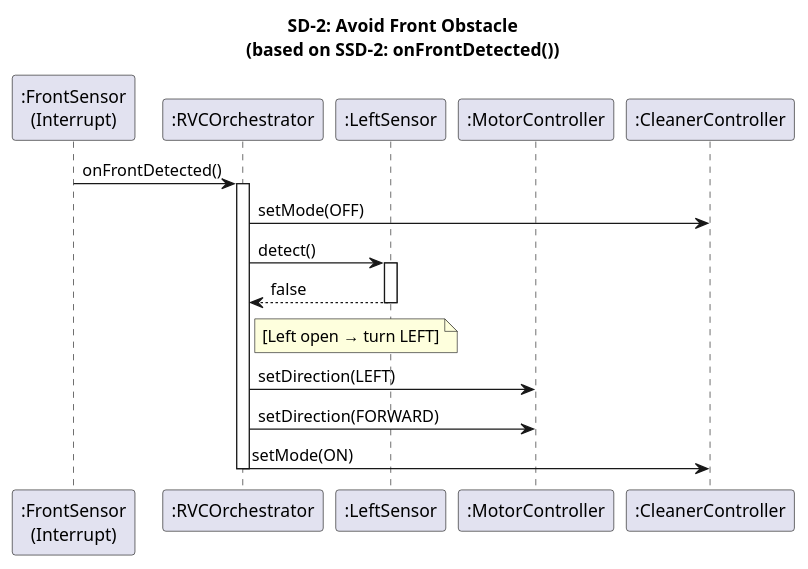
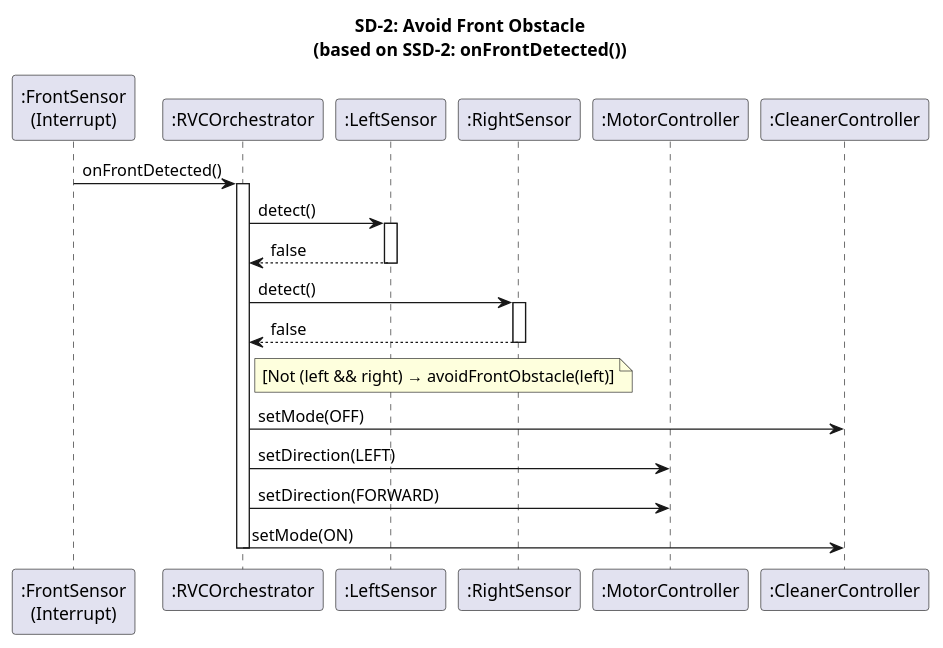
Before and after one commit to OOP-konkuk/CICD-Team7: the second of 4 diagrams in docs/vibe-coding/03-ood/sequence-diagrams.mdx, drawn with PlantUML. The commit also changed 3 other files, not shown here.

First line of the commit message:
fix(traceability): Fix 2 remaining inconsistencies in UC diagram and SD-2

````diff
--- a/docs/vibe-coding/03-ood/sequence-diagrams.mdx
+++ b/docs/vibe-coding/03-ood/sequence-diagrams.mdx
@@ -80,24 +80,29 @@
 ```plantuml
 @startuml SD2_AvoidFrontObstacle
 title SD-2: Avoid Front Obstacle\n(based on SSD-2: onFrontDetected())
 
 participant ":FrontSensor\n(Interrupt)" as FS
 participant ":RVCOrchestrator" as Orch
 participant ":LeftSensor" as LS
+participant ":RightSensor" as RS
 participant ":MotorController" as Motor
 participant ":CleanerController" as Cleaner
 
 FS -> Orch : onFrontDetected()
 activate Orch
-Orch -> Cleaner : setMode(OFF)
 Orch -> LS : detect()
 activate LS
 LS --> Orch : false
 deactivate LS
-note right of Orch : [Left open → turn LEFT]
+Orch -> RS : detect()
+activate RS
+RS --> Orch : false
+deactivate RS
+note right of Orch : [Not (left && right) → avoidFrontObstacle(left)]
+Orch -> Cleaner : setMode(OFF)
 Orch -> Motor : setDirection(LEFT)
 Orch -> Motor : setDirection(FORWARD)
 Orch -> Cleaner : setMode(ON)
 deactivate Orch
 @enduml
 ```
````
